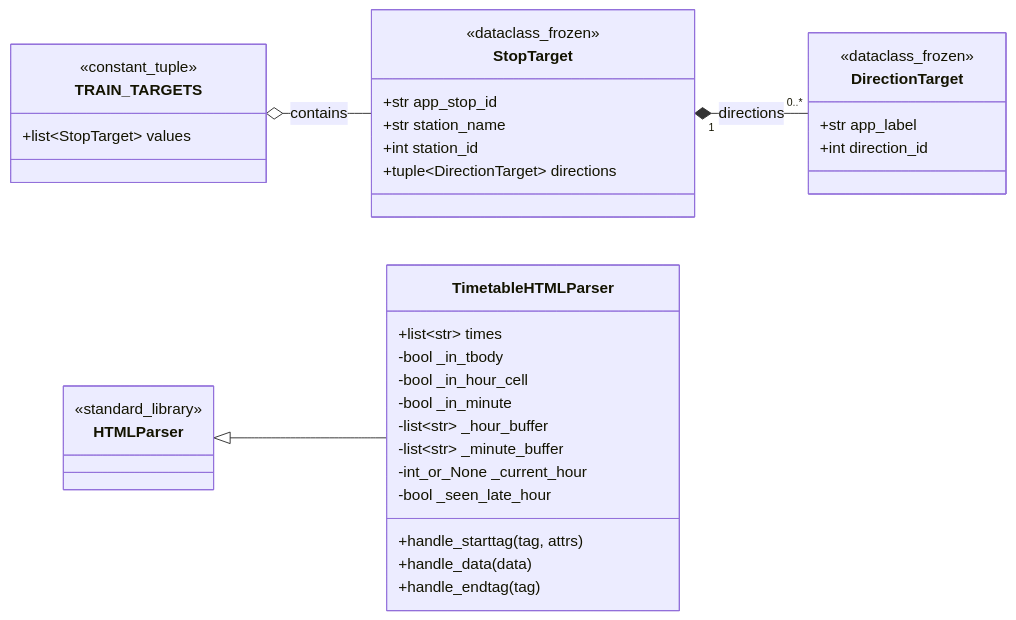
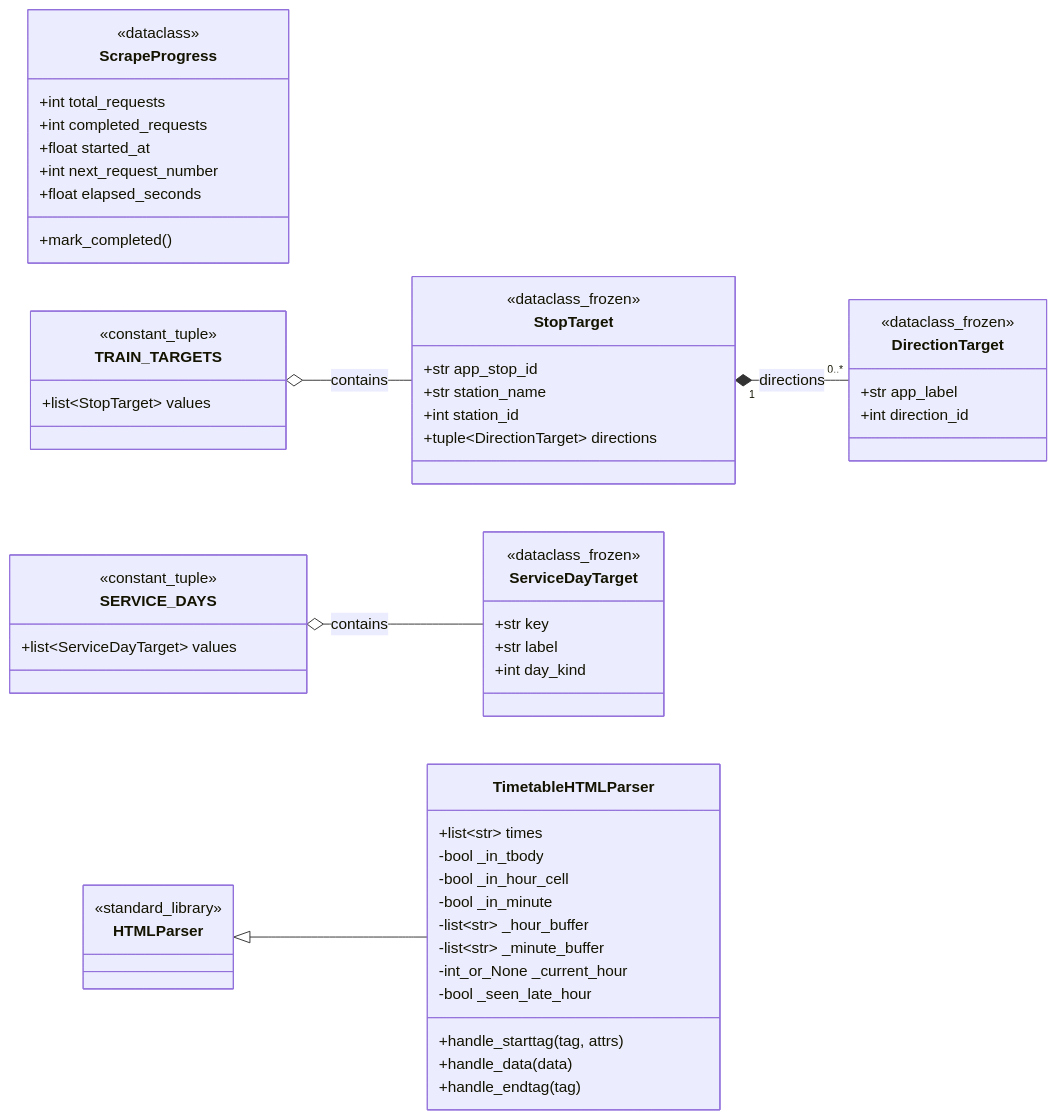
Before and after one commit to I-H-dot/ShindaiMap: the first of 3 diagrams in scraiping/trainScheduleGetter_explanation.md, drawn with Mermaid. The commit also changed other lines of this file and 1 other file, not shown here.

````diff
--- a/scraiping/trainScheduleGetter_explanation.md
+++ b/scraiping/trainScheduleGetter_explanation.md
@@ -18,45 +20,68 @@
 ```mermaid
 classDiagram
     direction LR
 
     class DirectionTarget {
         <<dataclass_frozen>>
         +str app_label
         +int direction_id
     }
 
     class StopTarget {
         <<dataclass_frozen>>
         +str app_stop_id
         +str station_name
         +int station_id
         +tuple~DirectionTarget~ directions
+    }
+
+    class ServiceDayTarget {
+        <<dataclass_frozen>>
+        +str key
+        +str label
+        +int day_kind
+    }
+
+    class ScrapeProgress {
+        <<dataclass>>
+        +int total_requests
+        +int completed_requests
+        +float started_at
+        +int next_request_number
+        +float elapsed_seconds
+        +mark_completed()
     }
 
     class HTMLParser {
         <<standard_library>>
     }
 
     class TimetableHTMLParser {
         +list~str~ times
         -bool _in_tbody
         -bool _in_hour_cell
         -bool _in_minute
         -list~str~ _hour_buffer
         -list~str~ _minute_buffer
         -int_or_None _current_hour
         -bool _seen_late_hour
         +handle_starttag(tag, attrs)
         +handle_data(data)
         +handle_endtag(tag)
     }
 
     class TRAIN_TARGETS {
         <<constant_tuple>>
         +list~StopTarget~ values
     }
 
+    class SERVICE_DAYS {
+        <<constant_tuple>>
+        +list~ServiceDayTarget~ values
+    }
+
     HTMLParser <|-- TimetableHTMLParser
     StopTarget "1" *-- "0..*" DirectionTarget : directions
     TRAIN_TARGETS o-- StopTarget : contains
+    SERVICE_DAYS o-- ServiceDayTarget : contains
 ```
````
